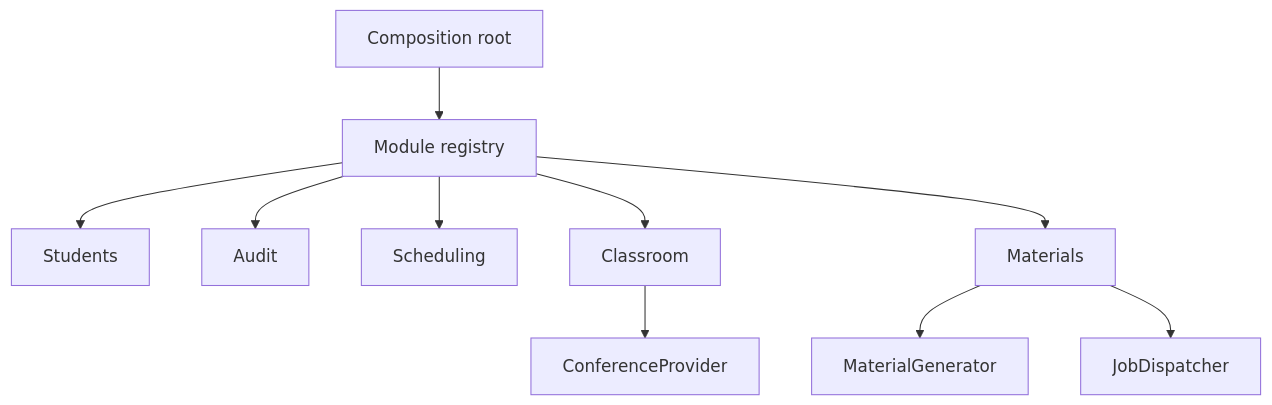
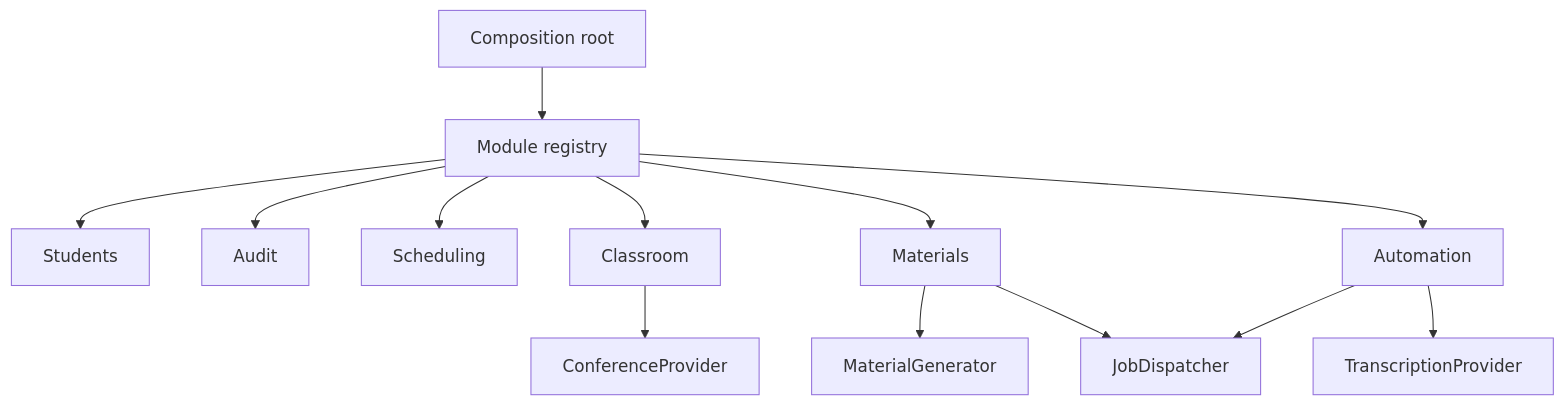
Before and after one commit to ArtemLevin/tutor-assistant-web: the first of 4 diagrams in docs/architecture.md, drawn with Mermaid. The commit also changed other lines of this file and 37 other files, not shown here.

````diff
--- a/docs/architecture.md
+++ b/docs/architecture.md
@@ -8,12 +8,15 @@
 ```mermaid
 flowchart TB
     App[Composition root] --> Registry[Module registry]
     Registry --> Students[Students]
     Registry --> Audit[Audit]
     Registry --> Schedule[Scheduling]
     Registry --> Classroom[Classroom]
     Registry --> Materials[Materials]
+    Registry --> Automation[Automation]
     Classroom --> Conference[ConferenceProvider]
     Materials --> Generator[MaterialGenerator]
     Materials --> Jobs[JobDispatcher]
+    Automation --> Speech[TranscriptionProvider]
+    Automation --> Jobs
 ```
````
